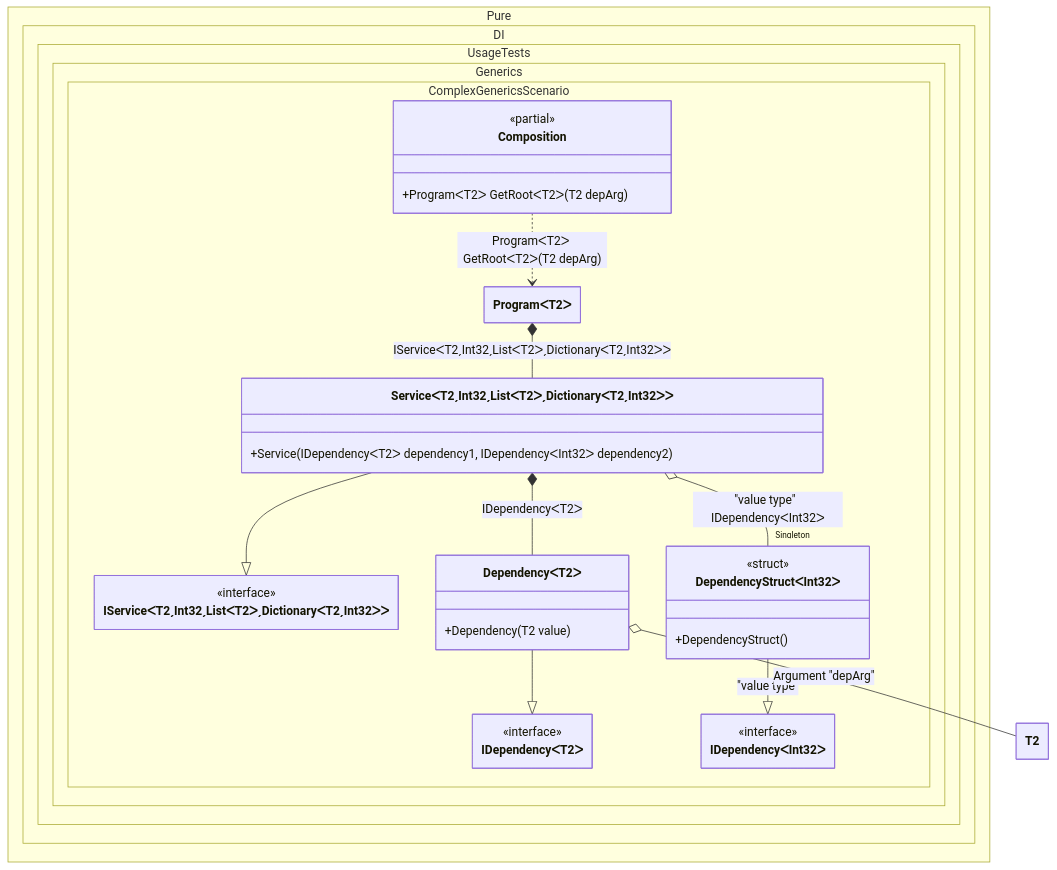
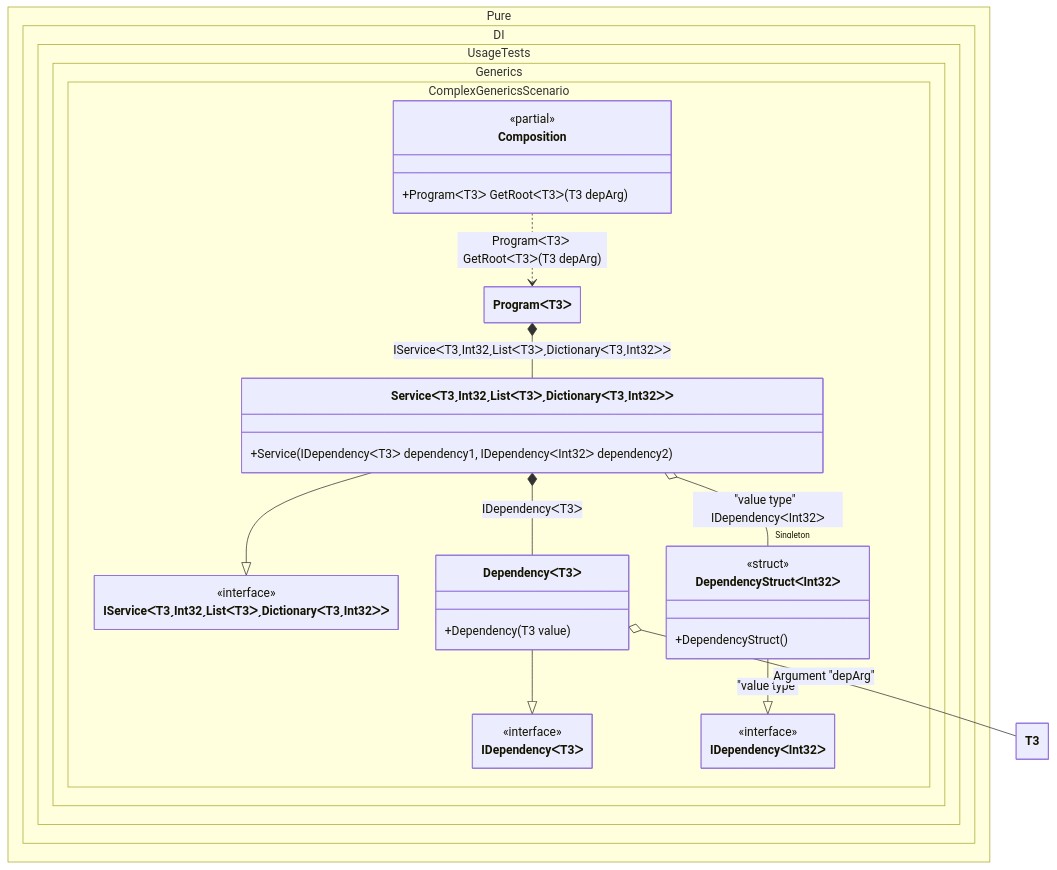
The diagram in readme/complex-generics.md (DevTeam/Pure.DI), drawn with Mermaid before and after one commit. The commit also changed other lines of this file and 42 other files, not shown here.

````diff
--- a/readme/complex-generics.md
+++ b/readme/complex-generics.md
@@ -147,43 +147,43 @@
 ```mermaid
 ---
  config:
   class:
    hideEmptyMembersBox: true
 ---
 classDiagram
-	ServiceᐸT2ˏInt32ˏListᐸT2ᐳˏDictionaryᐸT2ˏInt32ᐳᐳ --|> IServiceᐸT2ˏInt32ˏListᐸT2ᐳˏDictionaryᐸT2ˏInt32ᐳᐳ
-	DependencyᐸT2ᐳ --|> IDependencyᐸT2ᐳ
+	ServiceᐸT3ˏInt32ˏListᐸT3ᐳˏDictionaryᐸT3ˏInt32ᐳᐳ --|> IServiceᐸT3ˏInt32ˏListᐸT3ᐳˏDictionaryᐸT3ˏInt32ᐳᐳ
+	DependencyᐸT3ᐳ --|> IDependencyᐸT3ᐳ
 	DependencyStructᐸInt32ᐳ --|> IDependencyᐸInt32ᐳ : "value type" 
-	Composition ..> ProgramᐸT2ᐳ : ProgramᐸT2ᐳ GetRootᐸT2ᐳ(T2 depArg)
-	ProgramᐸT2ᐳ *--  ServiceᐸT2ˏInt32ˏListᐸT2ᐳˏDictionaryᐸT2ˏInt32ᐳᐳ : IServiceᐸT2ˏInt32ˏListᐸT2ᐳˏDictionaryᐸT2ˏInt32ᐳᐳ
-	ServiceᐸT2ˏInt32ˏListᐸT2ᐳˏDictionaryᐸT2ˏInt32ᐳᐳ *--  DependencyᐸT2ᐳ : IDependencyᐸT2ᐳ
-	ServiceᐸT2ˏInt32ˏListᐸT2ᐳˏDictionaryᐸT2ˏInt32ᐳᐳ o-- "Singleton" DependencyStructᐸInt32ᐳ : "value type"  IDependencyᐸInt32ᐳ
-	DependencyᐸT2ᐳ o-- T2 : Argument "depArg"
+	Composition ..> ProgramᐸT3ᐳ : ProgramᐸT3ᐳ GetRootᐸT3ᐳ(T3 depArg)
+	ProgramᐸT3ᐳ *--  ServiceᐸT3ˏInt32ˏListᐸT3ᐳˏDictionaryᐸT3ˏInt32ᐳᐳ : IServiceᐸT3ˏInt32ˏListᐸT3ᐳˏDictionaryᐸT3ˏInt32ᐳᐳ
+	ServiceᐸT3ˏInt32ˏListᐸT3ᐳˏDictionaryᐸT3ˏInt32ᐳᐳ *--  DependencyᐸT3ᐳ : IDependencyᐸT3ᐳ
+	ServiceᐸT3ˏInt32ˏListᐸT3ᐳˏDictionaryᐸT3ˏInt32ᐳᐳ o-- "Singleton" DependencyStructᐸInt32ᐳ : "value type"  IDependencyᐸInt32ᐳ
+	DependencyᐸT3ᐳ o-- T3 : Argument "depArg"
 	namespace Pure.DI.UsageTests.Generics.ComplexGenericsScenario {
 		class Composition {
 		<<partial>>
-		+ProgramᐸT2ᐳ GetRootᐸT2ᐳ(T2 depArg)
+		+ProgramᐸT3ᐳ GetRootᐸT3ᐳ(T3 depArg)
 		}
 		class DependencyStructᐸInt32ᐳ {
 				<<struct>>
 			+DependencyStruct()
 		}
-		class DependencyᐸT2ᐳ {
-			+Dependency(T2 value)
+		class DependencyᐸT3ᐳ {
+			+Dependency(T3 value)
 		}
 		class IDependencyᐸInt32ᐳ {
 			<<interface>>
 		}
-		class IDependencyᐸT2ᐳ {
+		class IDependencyᐸT3ᐳ {
 			<<interface>>
 		}
-		class IServiceᐸT2ˏInt32ˏListᐸT2ᐳˏDictionaryᐸT2ˏInt32ᐳᐳ {
+		class IServiceᐸT3ˏInt32ˏListᐸT3ᐳˏDictionaryᐸT3ˏInt32ᐳᐳ {
 			<<interface>>
 		}
-		class ProgramᐸT2ᐳ {
+		class ProgramᐸT3ᐳ {
 		}
-		class ServiceᐸT2ˏInt32ˏListᐸT2ᐳˏDictionaryᐸT2ˏInt32ᐳᐳ {
-			+Service(IDependencyᐸT2ᐳ dependency1, IDependencyᐸInt32ᐳ dependency2)
+		class ServiceᐸT3ˏInt32ˏListᐸT3ᐳˏDictionaryᐸT3ˏInt32ᐳᐳ {
+			+Service(IDependencyᐸT3ᐳ dependency1, IDependencyᐸInt32ᐳ dependency2)
 		}
 	}
 ```
````
